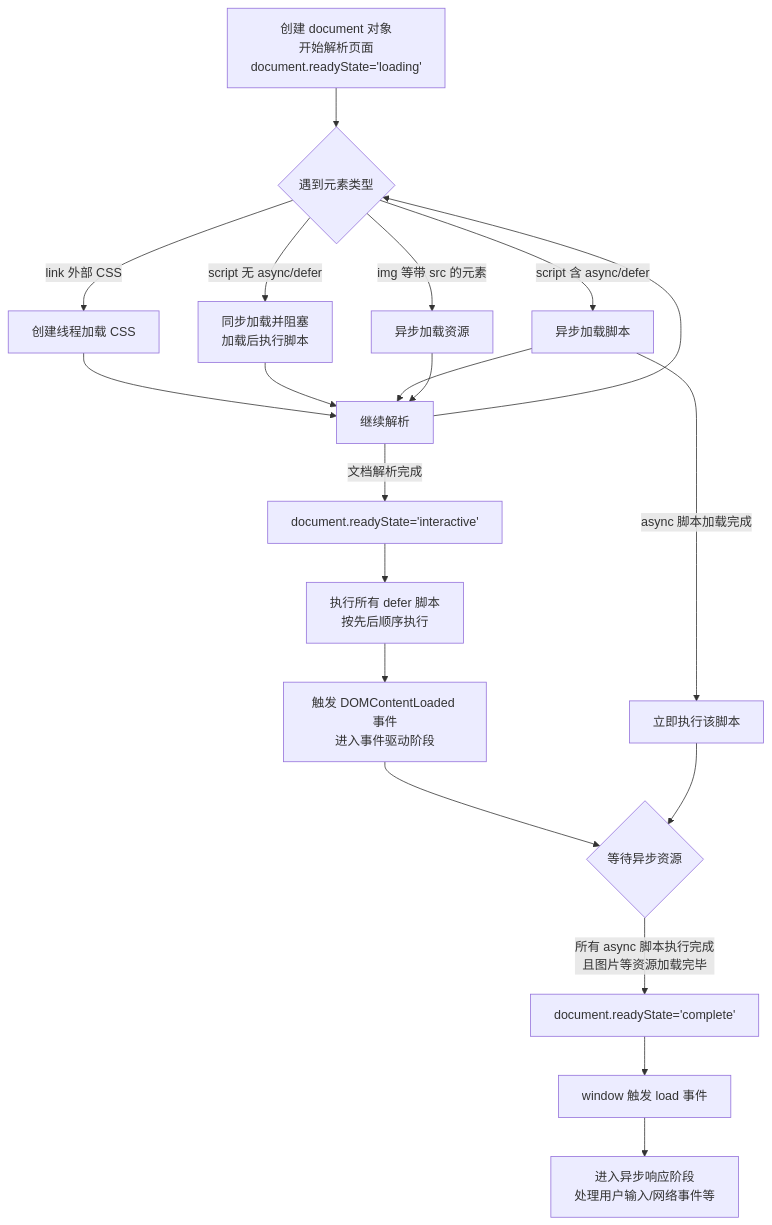
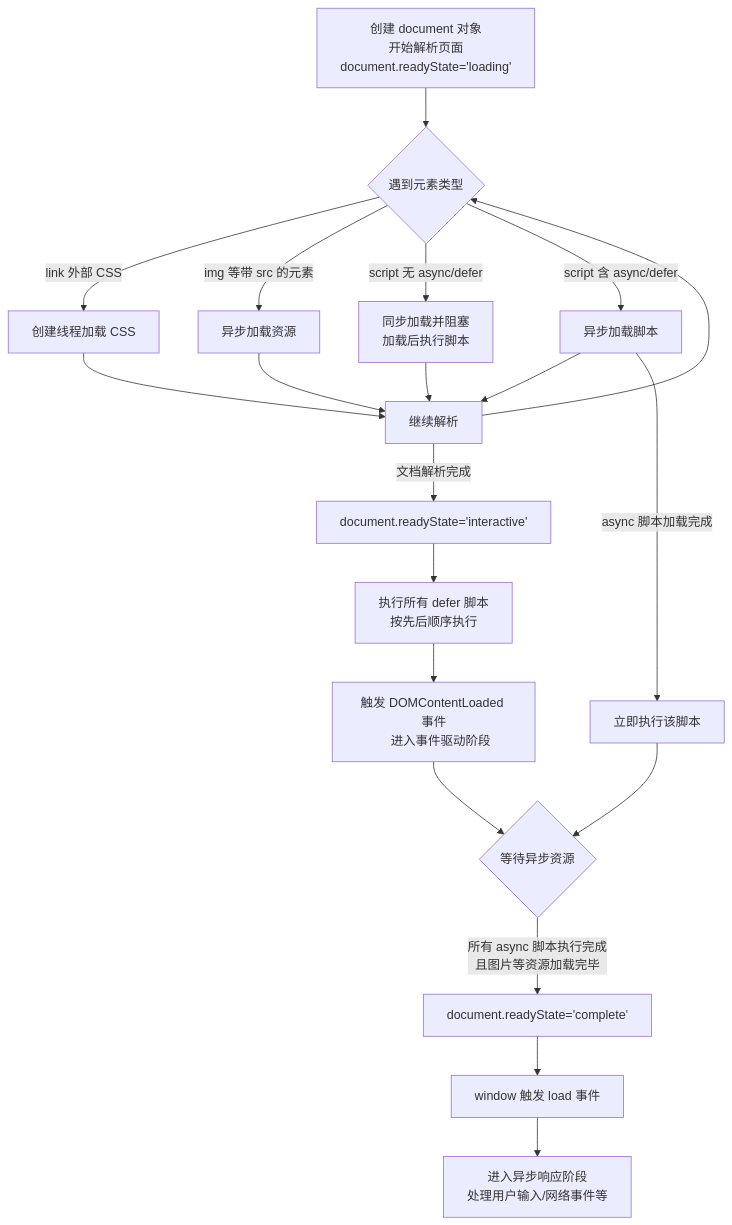
The diagram in 03_JavaScript_intro/24-json_异步加载_时间线/Ch24L51-json，异步加载，时间线_下.md (SafeWinter/duyi-fe), drawn with Mermaid before and after one commit.

Commit message:
updated notes for S03_Ch24L51: asynchronous loading timeline

````diff
--- a/03_JavaScript_intro/24-json_异步加载_时间线/Ch24L51-json，异步加载，时间线_下.md
+++ b/03_JavaScript_intro/24-json_异步加载_时间线/Ch24L51-json，异步加载，时间线_下.md
@@ -24,24 +24,28 @@
 ```mermaid
 flowchart TD
     A[创建 document 对象\n开始解析页面\ndocument.readyState='loading'] --> B{遇到元素类型}
     B -->|link 外部 CSS| C[创建线程加载 CSS]
-    B -->|script 无 async/defer| D[同步加载并阻塞\n加载后执行脚本]
+    B -->|img 等带 src 的元素| F[异步加载资源]
+    B -->|script 无 async/defer| D[同步加载并阻塞
+    加载后执行脚本]
     B -->|script 含 async/defer| E[异步加载脚本]
-    B -->|img 等带 src 的元素| F[异步加载资源]
     C --> G[继续解析]
     D --> G
     E --> G
     F --> G
     G --> B
     G -->|文档解析完成| H[document.readyState='interactive']
-    H --> I[执行所有 defer 脚本\n按先后顺序执行]
-    I --> J[触发 DOMContentLoaded 事件\n进入事件驱动阶段]
+    H --> I[执行所有 defer 脚本
+    按先后顺序执行]
+    I --> J[触发 DOMContentLoaded 事件
+    进入事件驱动阶段]
     J --> K{等待异步资源}
-    K -->|所有 async 脚本执行完成\n且图片等资源加载完毕| L[document.readyState='complete']
+    K -->|所有 async 脚本执行完成
+    且图片等资源加载完毕| L[document.readyState='complete']
     L --> M[window 触发 load 事件]
     M --> N[进入异步响应阶段\n处理用户输入/网络事件等]
     
     %% 特殊路径说明
     E -->|async 脚本加载完成| O[立即执行该脚本]
     O --> K
 ```
````
